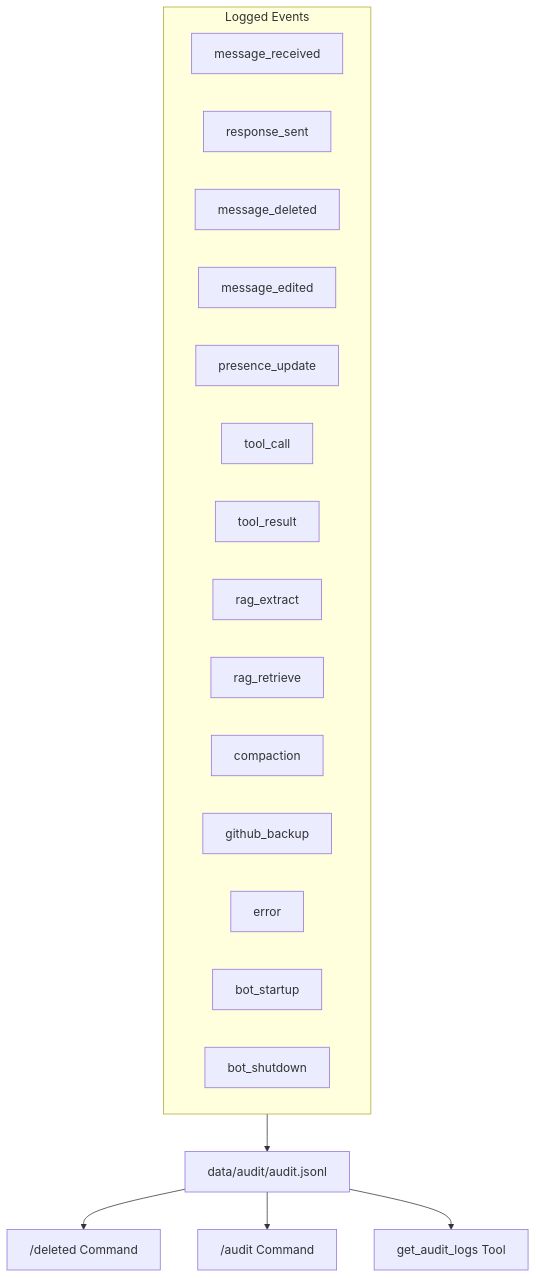
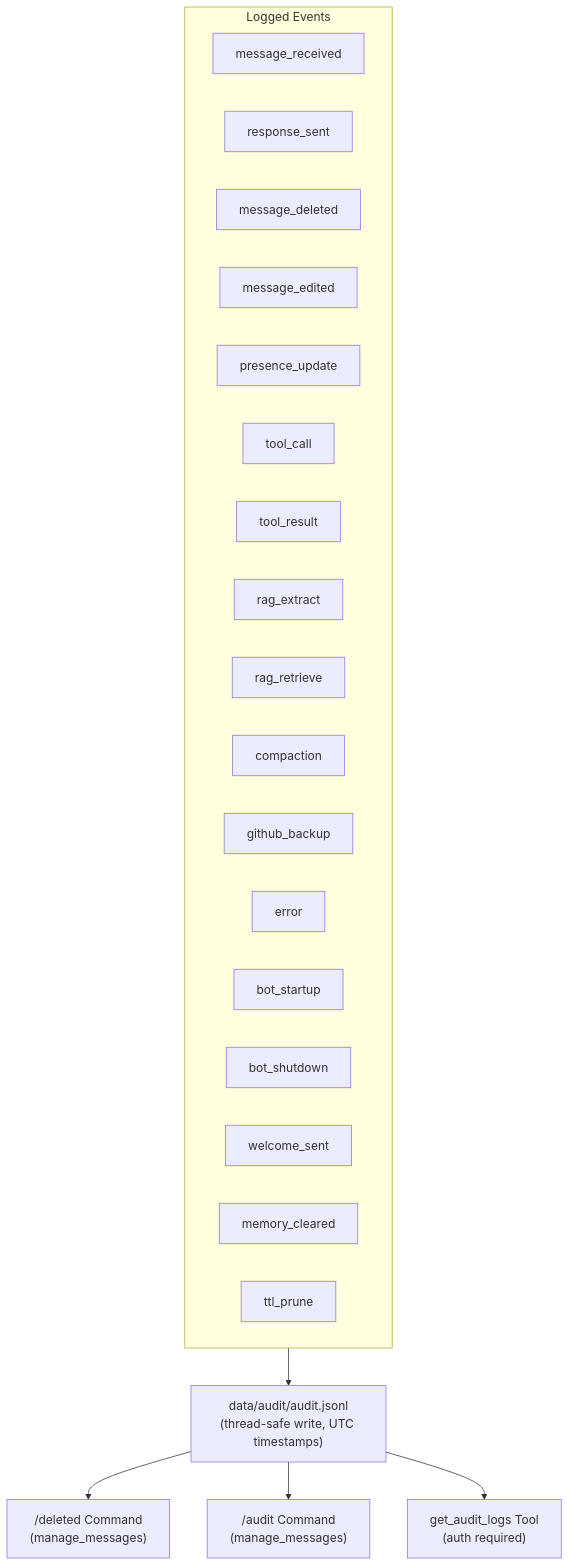
Before and after one commit to aditiya-saputra/nova: the sixth of 11 diagrams in flowchart.md, drawn with Mermaid. The commit also changed other lines of this file and 27 other files, not shown here.

First line of the commit message:
v1.15.0: fix 20 bugs, add 12 tests, rewrite flowchart

````diff
--- a/flowchart.md
+++ b/flowchart.md
@@ -265,25 +350,28 @@
 ```mermaid
 flowchart TD
     subgraph Events["Logged Events"]
         MsgReceived["message_received"]
         MsgSent["response_sent"]
         MsgDeleted["message_deleted"]
         MsgEdited["message_edited"]
         PresenceUpdate["presence_update"]
         ToolCall["tool_call"]
         ToolResult["tool_result"]
         RAGExtract["rag_extract"]
         RAGRetrieve["rag_retrieve"]
         Compaction["compaction"]
         Backup["github_backup"]
         Error["error"]
         Startup["bot_startup"]
         Shutdown["bot_shutdown"]
+        WelcomeSent["welcome_sent"]
+        MemoryCleared["memory_cleared"]
+        TTlPrune["ttl_prune"]
     end
 
-    Events --> AuditFile["data/audit/audit.jsonl"]
-    
-    AuditFile --> DeletedCmd["/deleted Command"]
-    AuditFile --> AuditCmd["/audit Command"]
-    AuditFile --> GetAuditLogs["get_audit_logs Tool"]
+    Events --> AuditFile["data/audit/audit.jsonl<br/>(thread-safe write, UTC timestamps)"]
+
+    AuditFile --> DeletedCmd["/deleted Command<br/>(manage_messages)"]
+    AuditFile --> AuditCmd["/audit Command<br/>(manage_messages)"]
+    AuditFile --> GetAuditLogs["get_audit_logs Tool<br/>(auth required)"]
 ```
````
